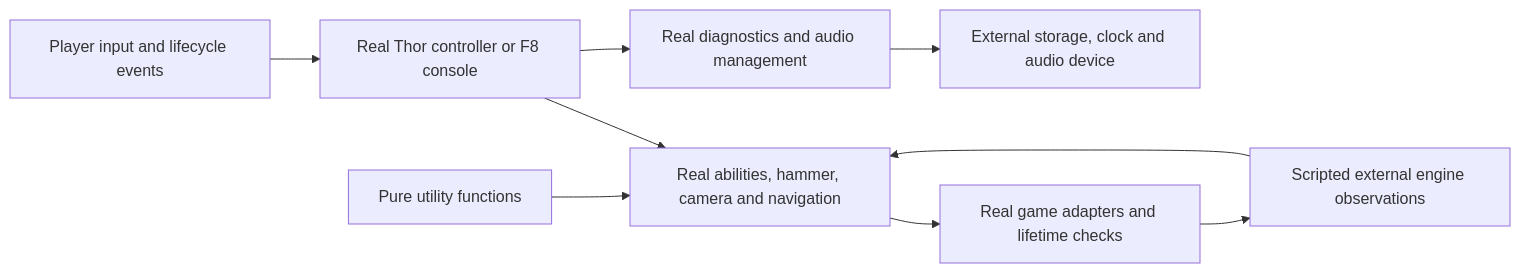
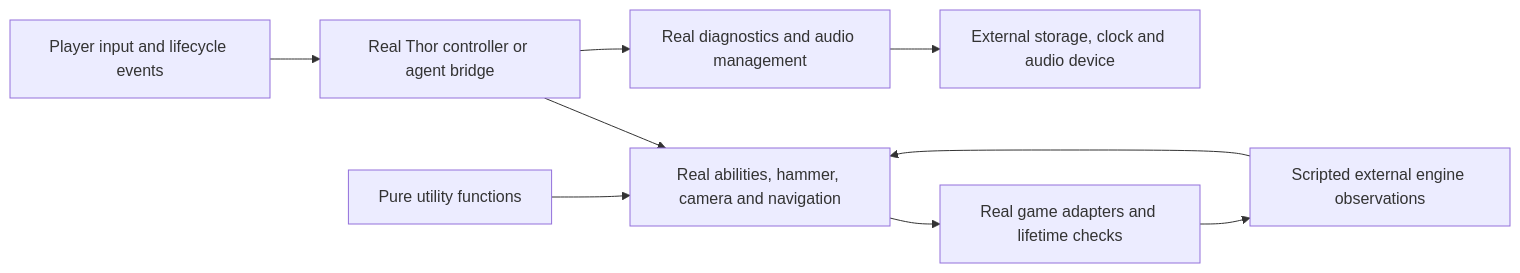
The diagram in docs/engine-contracts.md (AndyRightNow/GTAVMods), drawn with Mermaid before and after one commit. The commit also changed other lines of this file and 118 other files, not shown here.

Commit message:
Replace F8 console with supervised HTTP and WebSocket GTA use bridge

````diff
--- a/docs/engine-contracts.md
+++ b/docs/engine-contracts.md
@@ -14,11 +14,11 @@
 ```mermaid
 flowchart LR
-    P["Player input and lifecycle events"] --> C["Real Thor controller or F8 console"]
+    P["Player input and lifecycle events"] --> C["Real Thor controller or agent bridge"]
     C --> M["Real abilities, hammer, camera and navigation"]
     C --> D["Real diagnostics and audio management"]
     M --> A["Real game adapters and lifetime checks"]
     A --> E["Scripted external engine observations"]
     D --> X["External storage, clock and audio device"]
     E --> M
     U["Pure utility functions"] --> M
 ```
````
